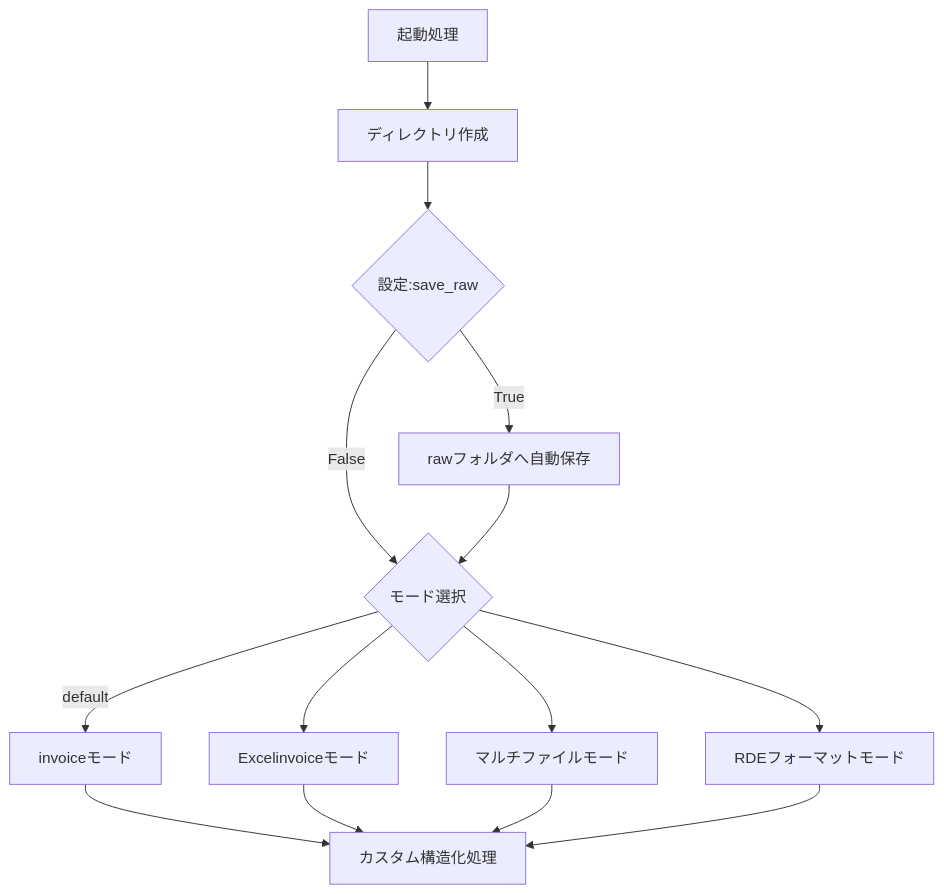
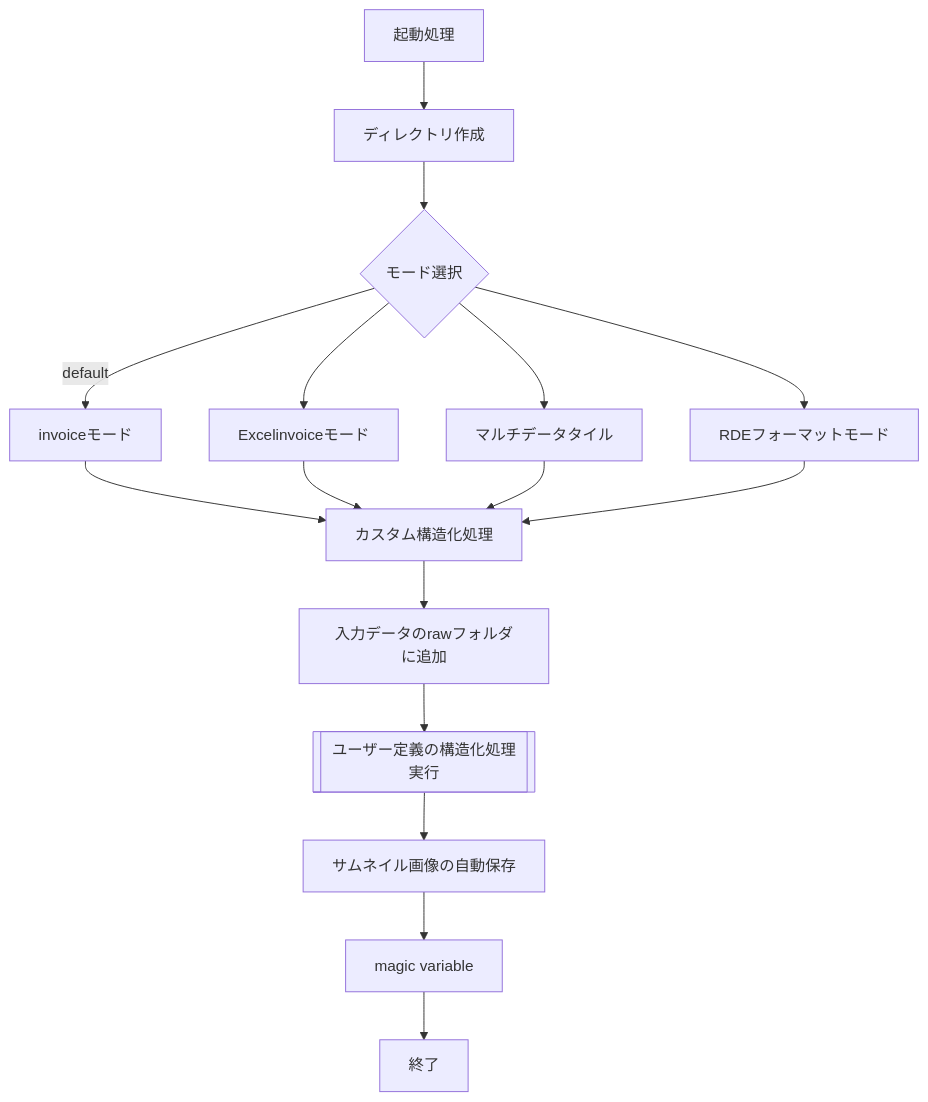
One commit to nims-dpfc/rdetoolkit changed the second of 3 diagrams in docs/usage/structured.md. Above: the diagram before and after it, drawn with Mermaid. The commit also changed other lines of this file and 24 other files, not shown here.

````diff
--- a/docs/usage/structured.md
+++ b/docs/usage/structured.md
@@ -43,15 +52,18 @@
 ```mermaid
 graph TD
     init1[起動処理] --> init2[ディレクトリ作成]
-    init2 --> init3{設定:save_raw}
-    init3 -->|False|init5{モード選択}
-    init3-->|True|init4[rawフォルダへ自動保存] --> init5
-    init5-->|default|init6[invoiceモード]
-    init5-->init7[Excelinvoiceモード]
-    init5-->init8[マルチファイルモード]
-    init5-->init9[RDEフォーマットモード]
+    init2-->init3{モード選択}
+    init3-->|default|init6[invoiceモード]
+    init3-->init7[Excelinvoiceモード]
+    init3-->init8[マルチデータタイル]
+    init3-->init9[RDEフォーマットモード]
     init6-->init10[カスタム構造化処理]
     init7-->init10
     init8-->init10
     init9-->init10
+    init10 --> init11[入力データのrawフォルダに追加]
+    init11 --> init12[[ユーザー定義の構造化処理実行]]
+    init12 --> init13[サムネイル画像の自動保存]
+    init13 --> init14[magic variable]
+    init14 --> init15[終了]
 ```
````
